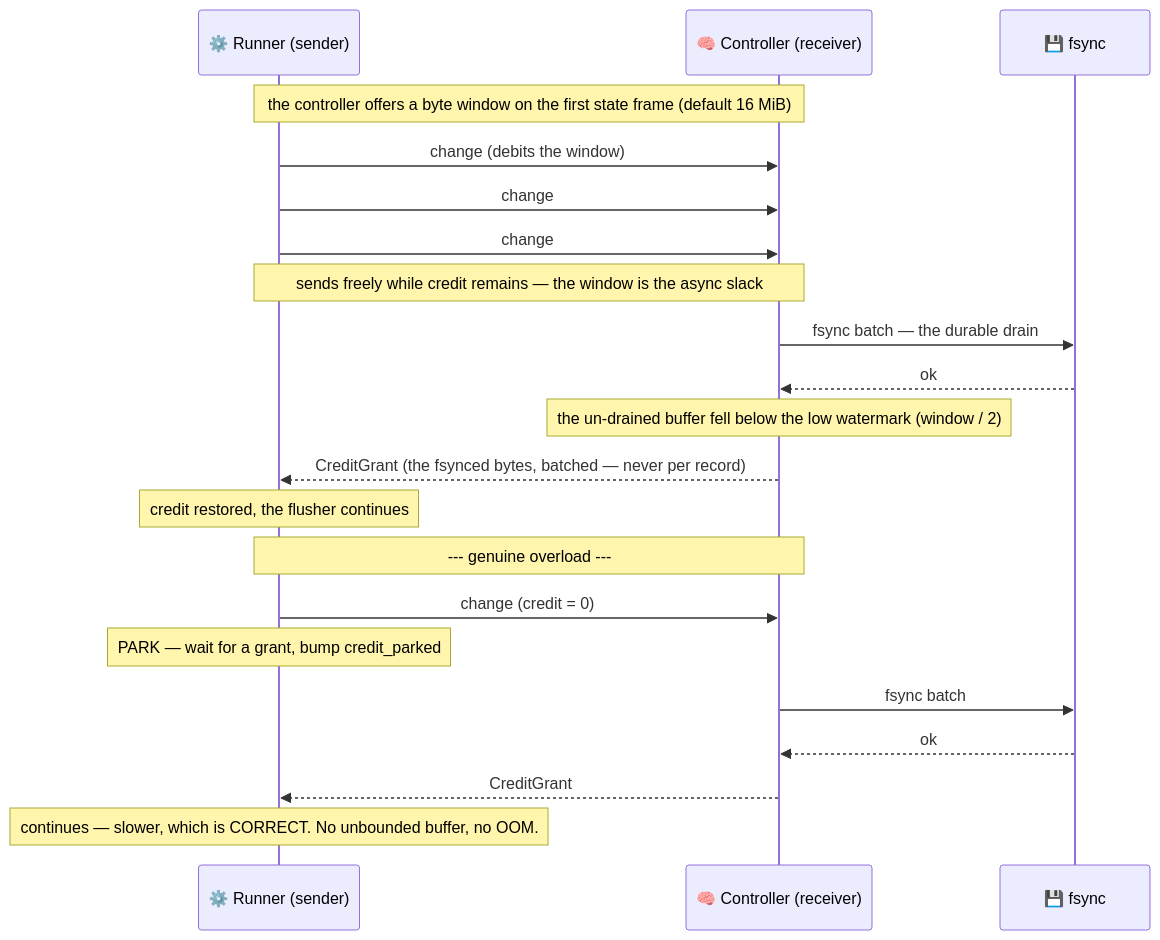
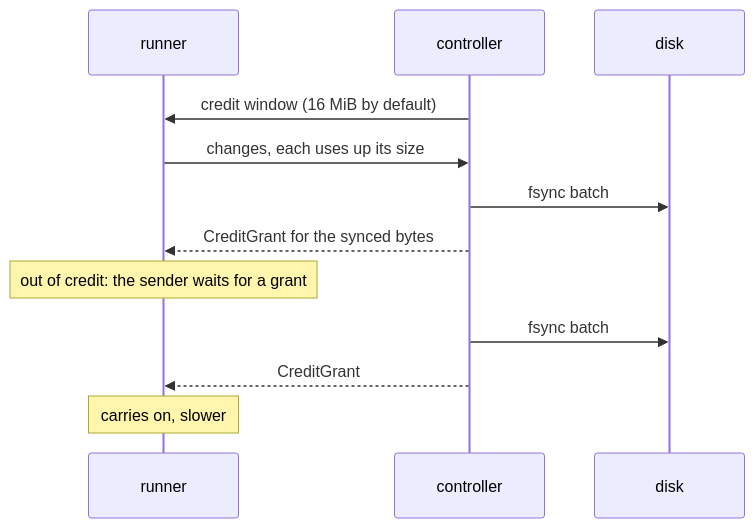
One commit to Flezha/flezha changed the eighth of 10 diagrams in docs/architecture/kernel.md. Above: the diagram before and after it, drawn with Mermaid. The commit also changed other lines of this file and 10 other files, not shown here.

First line of the commit message:
Publish the architecture pages as their own chapter in the docs

````diff
--- a/docs/architecture/kernel.md
+++ b/docs/architecture/kernel.md
@@ -619,25 +495,15 @@
 ```mermaid
 sequenceDiagram
-    participant EX as ⚙️ Runner (sender)
-    participant CTRL as 🧠 Controller (receiver)
-    participant DISK as 💾 fsync
+    participant R as runner
+    participant C as controller
+    participant D as disk
 
-    Note over EX,CTRL: the controller offers a byte window on the first state frame (default 16 MiB)
-    EX->>CTRL: change (debits the window)
-    EX->>CTRL: change
-    EX->>CTRL: change
-    Note over EX,CTRL: sends freely while credit remains — the window is the async slack
-    CTRL->>DISK: fsync batch — the durable drain
-    DISK-->>CTRL: ok
-    Note over CTRL: the un-drained buffer fell below the low watermark (window / 2)
-    CTRL-->>EX: CreditGrant (the fsynced bytes, batched — never per record)
-    Note over EX: credit restored, the flusher continues
-
-    Note over EX,CTRL: --- genuine overload ---
-    EX->>CTRL: change (credit = 0)
-    Note over EX: PARK — wait for a grant, bump credit_parked
-    CTRL->>DISK: fsync batch
-    DISK-->>CTRL: ok
-    CTRL-->>EX: CreditGrant
-    Note over EX: continues — slower, which is CORRECT. No unbounded buffer, no OOM.
+    C->>R: credit window (16 MiB by default)
+    R->>C: changes, each uses up its size
+    C->>D: fsync batch
+    C-->>R: CreditGrant for the synced bytes
+    Note over R: out of credit: the sender waits for a grant
+    C->>D: fsync batch
+    C-->>R: CreditGrant
+    Note over R: carries on, slower
 ```
````
